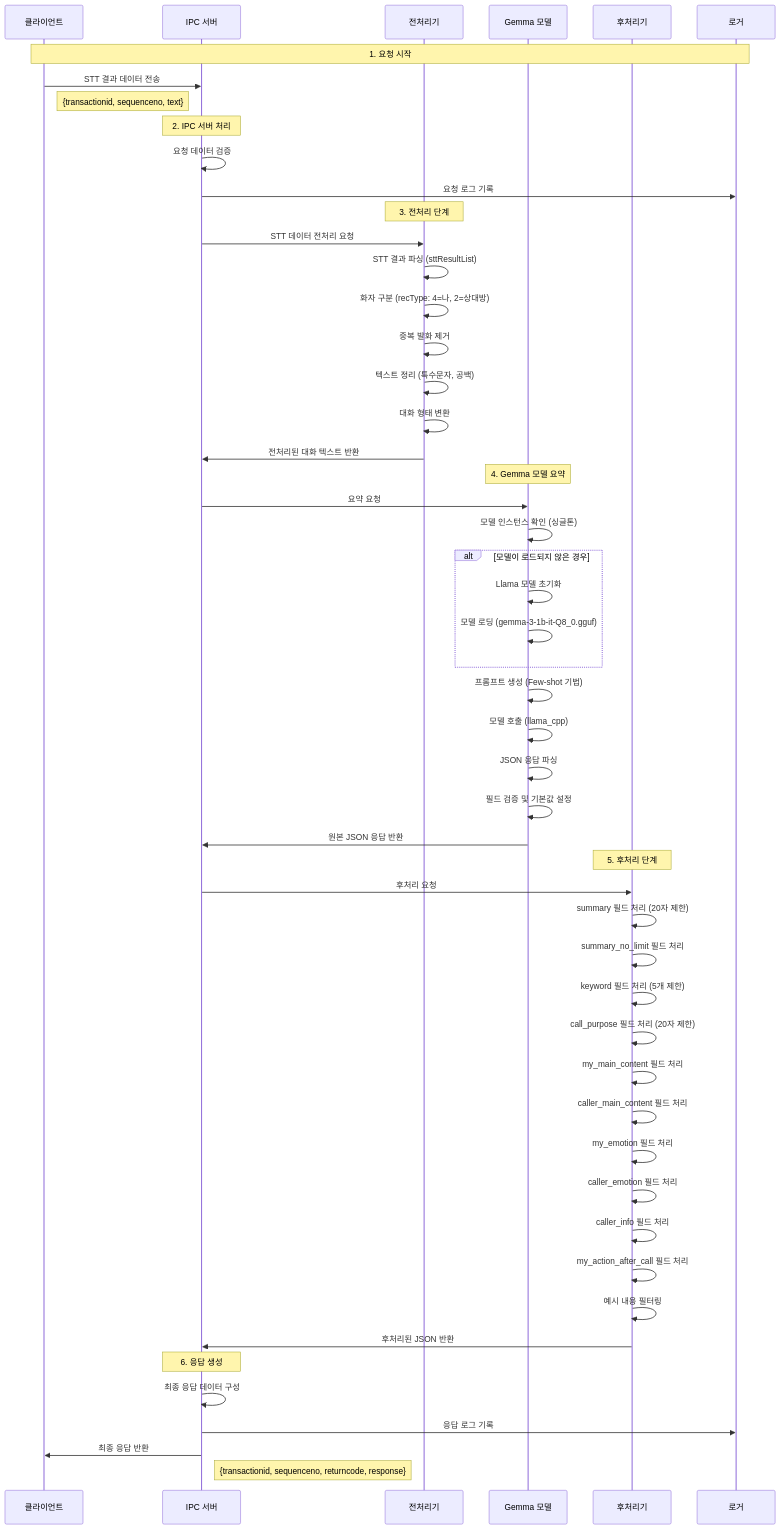
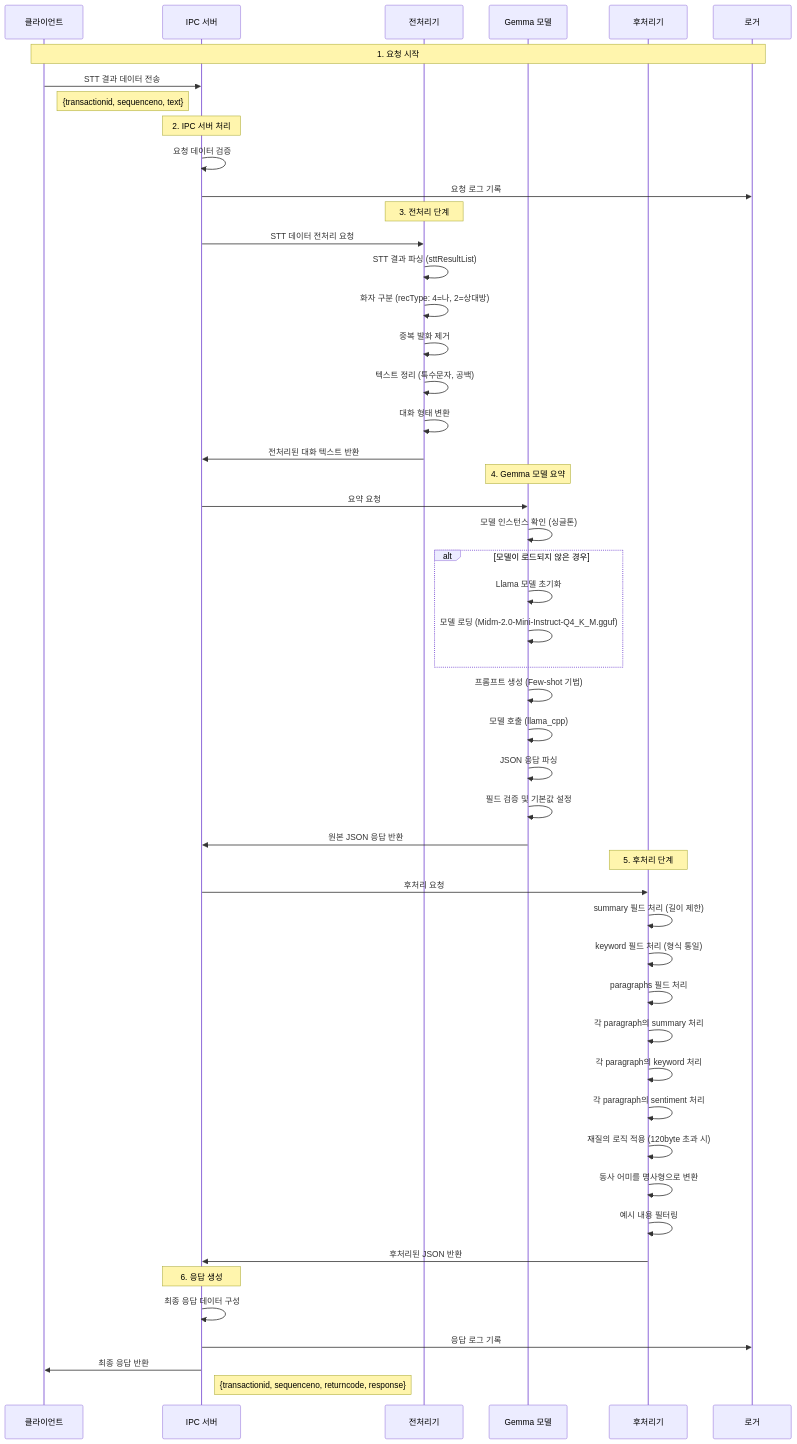
Before and after one commit to hak023/gemma-summarizer-poc: the first of 5 diagrams in sequence_diagram.md, drawn with Mermaid. The commit also changed other lines of this file and 2 other files, not shown here.

First line of the commit message:
다이어그램 현행화: 현재 시스템 구조에 맞게 업데이트

````diff
--- a/sequence_diagram.md
+++ b/sequence_diagram.md
@@ -5,60 +5,58 @@
 ```mermaid
 sequenceDiagram
     participant Client as 클라이언트
     participant IPC as IPC 서버
     participant Preprocessor as 전처리기
     participant Gemma as Gemma 모델
     participant Postprocessor as 후처리기
     participant Logger as 로거
 
     Note over Client,Logger: 1. 요청 시작
     Client->>IPC: STT 결과 데이터 전송
     Note right of Client: {transactionid, sequenceno, text}
     
     Note over IPC: 2. IPC 서버 처리
     IPC->>IPC: 요청 데이터 검증
     IPC->>Logger: 요청 로그 기록
     
     Note over Preprocessor: 3. 전처리 단계
     IPC->>Preprocessor: STT 데이터 전처리 요청
     Preprocessor->>Preprocessor: STT 결과 파싱 (sttResultList)
     Preprocessor->>Preprocessor: 화자 구분 (recType: 4=나, 2=상대방)
     Preprocessor->>Preprocessor: 중복 발화 제거
     Preprocessor->>Preprocessor: 텍스트 정리 (특수문자, 공백)
     Preprocessor->>Preprocessor: 대화 형태 변환
     Preprocessor->>IPC: 전처리된 대화 텍스트 반환
     
     Note over Gemma: 4. Gemma 모델 요약
     IPC->>Gemma: 요약 요청
     Gemma->>Gemma: 모델 인스턴스 확인 (싱글톤)
     alt 모델이 로드되지 않은 경우
         Gemma->>Gemma: Llama 모델 초기화
-        Gemma->>Gemma: 모델 로딩 (gemma-3-1b-it-Q8_0.gguf)
+        Gemma->>Gemma: 모델 로딩 (Midm-2.0-Mini-Instruct-Q4_K_M.gguf)
     end
     Gemma->>Gemma: 프롬프트 생성 (Few-shot 기법)
     Gemma->>Gemma: 모델 호출 (llama_cpp)
     Gemma->>Gemma: JSON 응답 파싱
     Gemma->>Gemma: 필드 검증 및 기본값 설정
     Gemma->>IPC: 원본 JSON 응답 반환
     
     Note over Postprocessor: 5. 후처리 단계
     IPC->>Postprocessor: 후처리 요청
-    Postprocessor->>Postprocessor: summary 필드 처리 (20자 제한)
-    Postprocessor->>Postprocessor: summary_no_limit 필드 처리
-    Postprocessor->>Postprocessor: keyword 필드 처리 (5개 제한)
-    Postprocessor->>Postprocessor: call_purpose 필드 처리 (20자 제한)
-    Postprocessor->>Postprocessor: my_main_content 필드 처리
-    Postprocessor->>Postprocessor: caller_main_content 필드 처리
-    Postprocessor->>Postprocessor: my_emotion 필드 처리
-    Postprocessor->>Postprocessor: caller_emotion 필드 처리
-    Postprocessor->>Postprocessor: caller_info 필드 처리
-    Postprocessor->>Postprocessor: my_action_after_call 필드 처리
+    Postprocessor->>Postprocessor: summary 필드 처리 (길이 제한)
+    Postprocessor->>Postprocessor: keyword 필드 처리 (형식 통일)
+    Postprocessor->>Postprocessor: paragraphs 필드 처리
+    Postprocessor->>Postprocessor: 각 paragraph의 summary 처리
+    Postprocessor->>Postprocessor: 각 paragraph의 keyword 처리
+    Postprocessor->>Postprocessor: 각 paragraph의 sentiment 처리
+    Postprocessor->>Postprocessor: 재질의 로직 적용 (120byte 초과 시)
+    Postprocessor->>Postprocessor: 동사 어미를 명사형으로 변환
     Postprocessor->>Postprocessor: 예시 내용 필터링
     Postprocessor->>IPC: 후처리된 JSON 반환
     
     Note over IPC: 6. 응답 생성
     IPC->>IPC: 최종 응답 데이터 구성
     IPC->>Logger: 응답 로그 기록
     IPC->>Client: 최종 응답 반환
     Note right of IPC: {transactionid, sequenceno, returncode, response}
 ```
````
